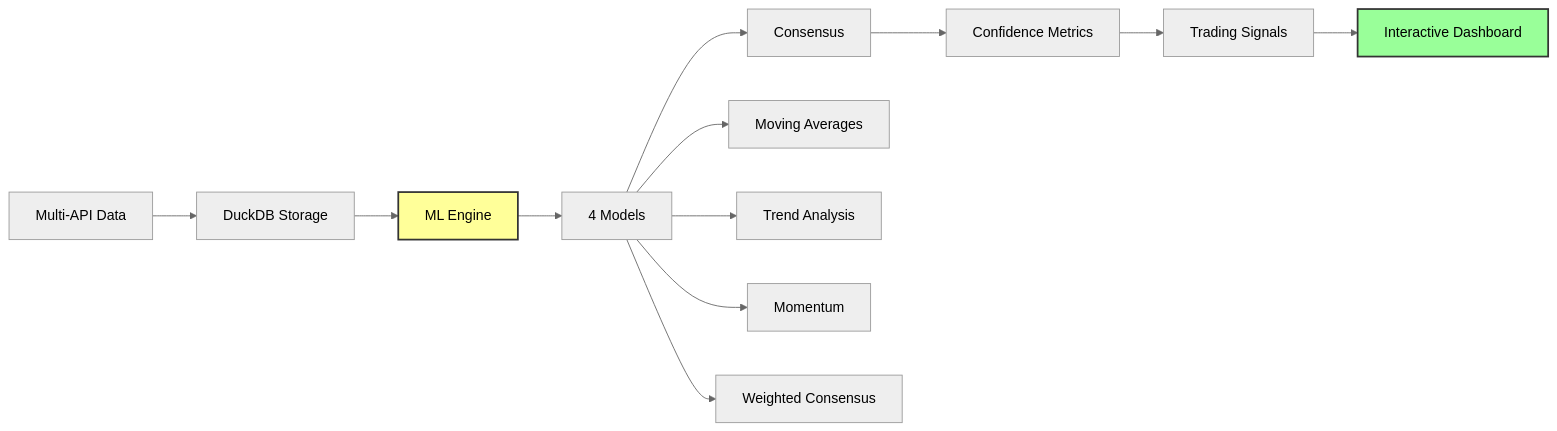
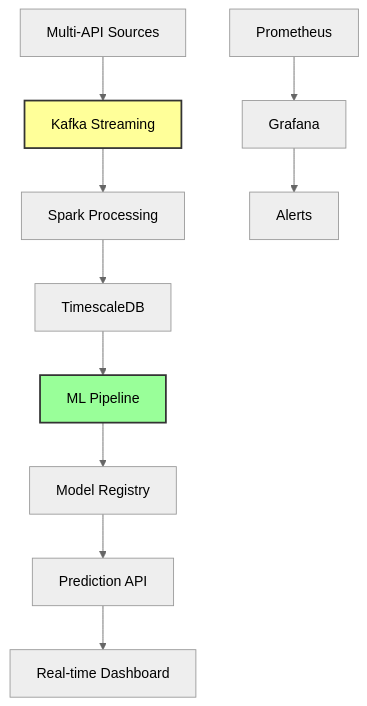
One commit to guarneriAnthony/crypto-viz changed the second of 2 diagrams in README.md. Above: the diagram before and after it, drawn with Mermaid (neutral theme). The commit also changed other lines of this file, not shown here.

First line of the commit message:
docs: Refocus README on Pipeline Architecture + ML Integration

````diff
--- a/README.md
+++ b/README.md
@@ -370,18 +483,16 @@
 ```mermaid
-graph LR
-    A[Multi-API Data] --> B[DuckDB Storage]
-    B --> C[ML Engine]
-    C --> D[4 Models]
-    D --> E[Consensus]
-    E --> F[Confidence Metrics]
-    F --> G[Trading Signals]
-    G --> H[Interactive Dashboard]
+graph TB
+    A[Multi-API Sources] --> B[Kafka Streaming]
+    B --> C[Spark Processing] 
+    C --> D[TimescaleDB]
+    D --> E[ML Pipeline]
+    E --> F[Model Registry]
+    F --> G[Prediction API]
+    G --> H[Real-time Dashboard]
     
-    D --> D1[Moving Averages]
-    D --> D2[Trend Analysis] 
-    D --> D3[Momentum]
-    D --> D4[Weighted Consensus]
+    I[Prometheus] --> J[Grafana]
+    J --> K[Alerts]
     
-    style C fill:#ff9,stroke:#333,stroke-width:2px
-    style H fill:#9f9,stroke:#333,stroke-width:2px
+    style B fill:#ff9,stroke:#333,stroke-width:2px
+    style E fill:#9f9,stroke:#333,stroke-width:2px
 ```
````
